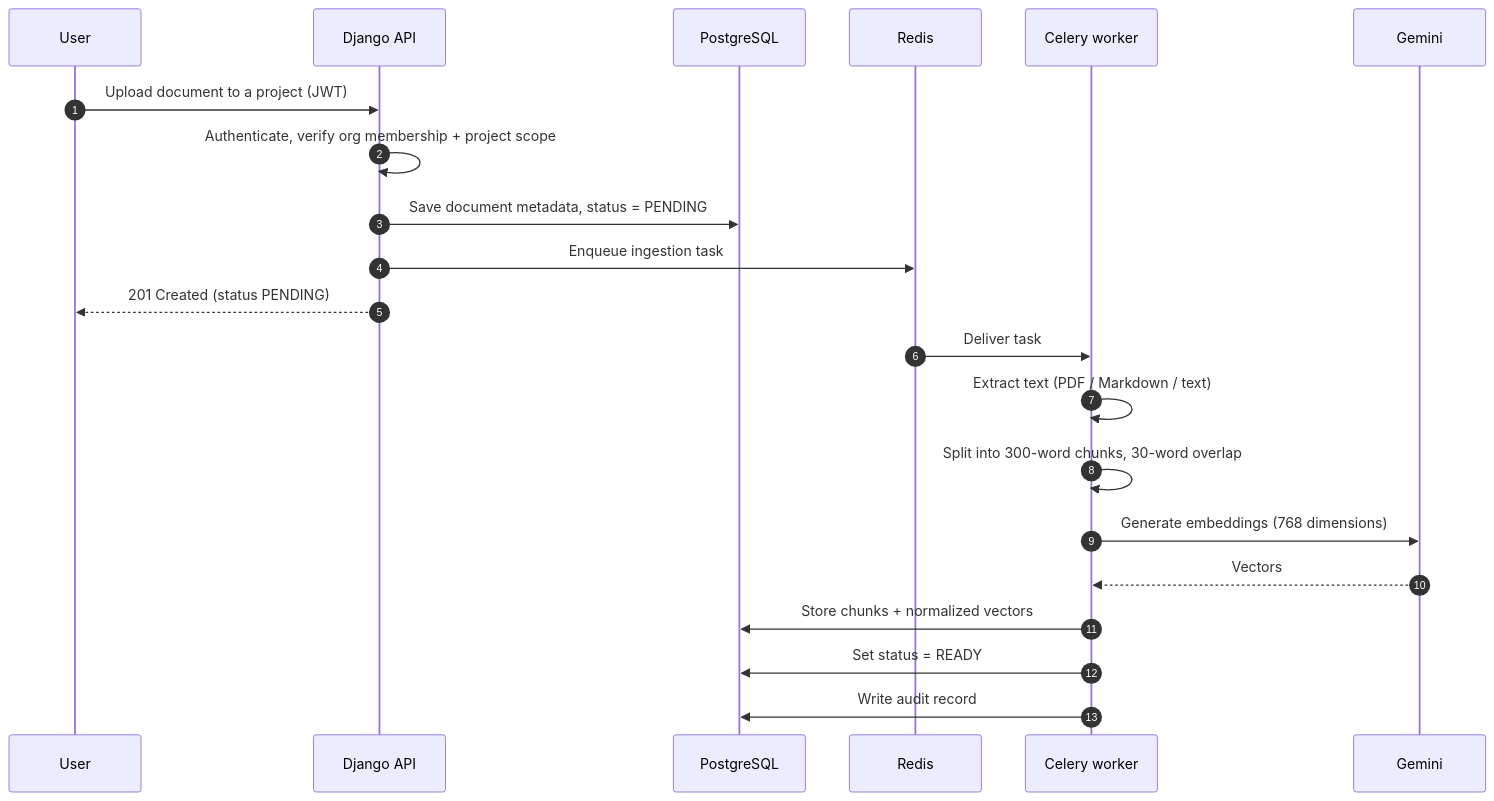
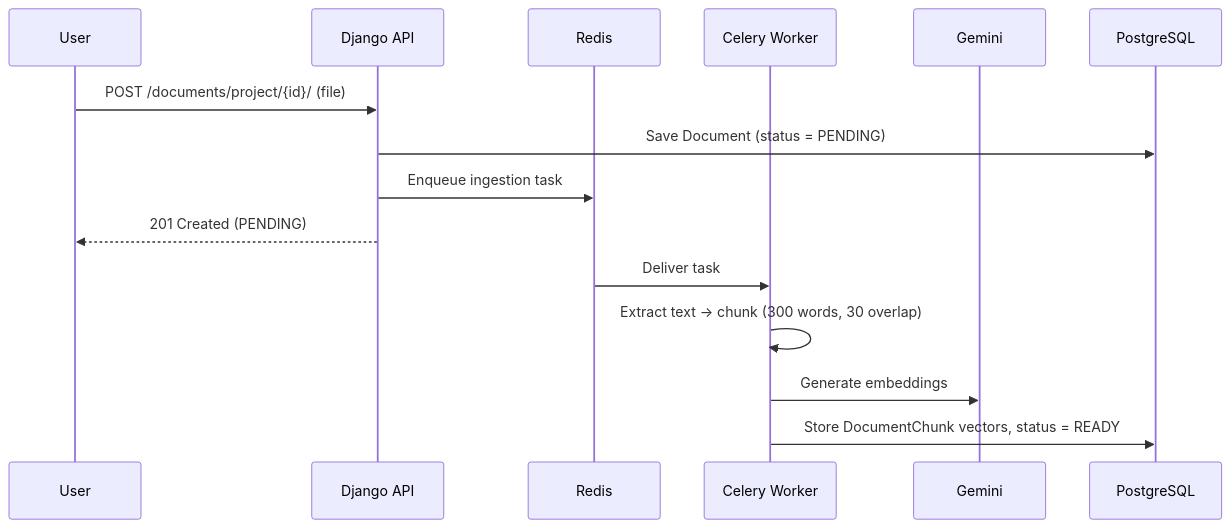
Before and after one commit to ShashankSingh2020/multi-tenant-rag-engine: the second of 3 diagrams in README.md, drawn with Mermaid. The commit also changed other lines of this file, not shown here.

````diff
--- a/README.md
+++ b/README.md
@@ -172,24 +76,18 @@
 ```mermaid
 sequenceDiagram
-    autonumber
     participant U as User
     participant A as Django API
+    participant R as Redis
+    participant W as Celery Worker
+    participant G as Gemini
     participant D as PostgreSQL
-    participant R as Redis
-    participant W as Celery worker
-    participant G as Gemini
 
-    U->>A: Upload document to a project (JWT)
-    A->>A: Authenticate, verify org membership + project scope
-    A->>D: Save document metadata, status = PENDING
+    U->>A: POST /documents/project/{id}/ (file)
+    A->>D: Save Document (status = PENDING)
     A->>R: Enqueue ingestion task
-    A-->>U: 201 Created (status PENDING)
+    A-->>U: 201 Created (PENDING)
     R->>W: Deliver task
-    W->>W: Extract text (PDF / Markdown / text)
-    W->>W: Split into 300-word chunks, 30-word overlap
-    W->>G: Generate embeddings (768 dimensions)
-    G-->>W: Vectors
-    W->>D: Store chunks + normalized vectors
-    W->>D: Set status = READY
-    W->>D: Write audit record
+    W->>W: Extract text → chunk (300 words, 30 overlap)
+    W->>G: Generate embeddings
+    W->>D: Store DocumentChunk vectors, status = READY
 ```
````
